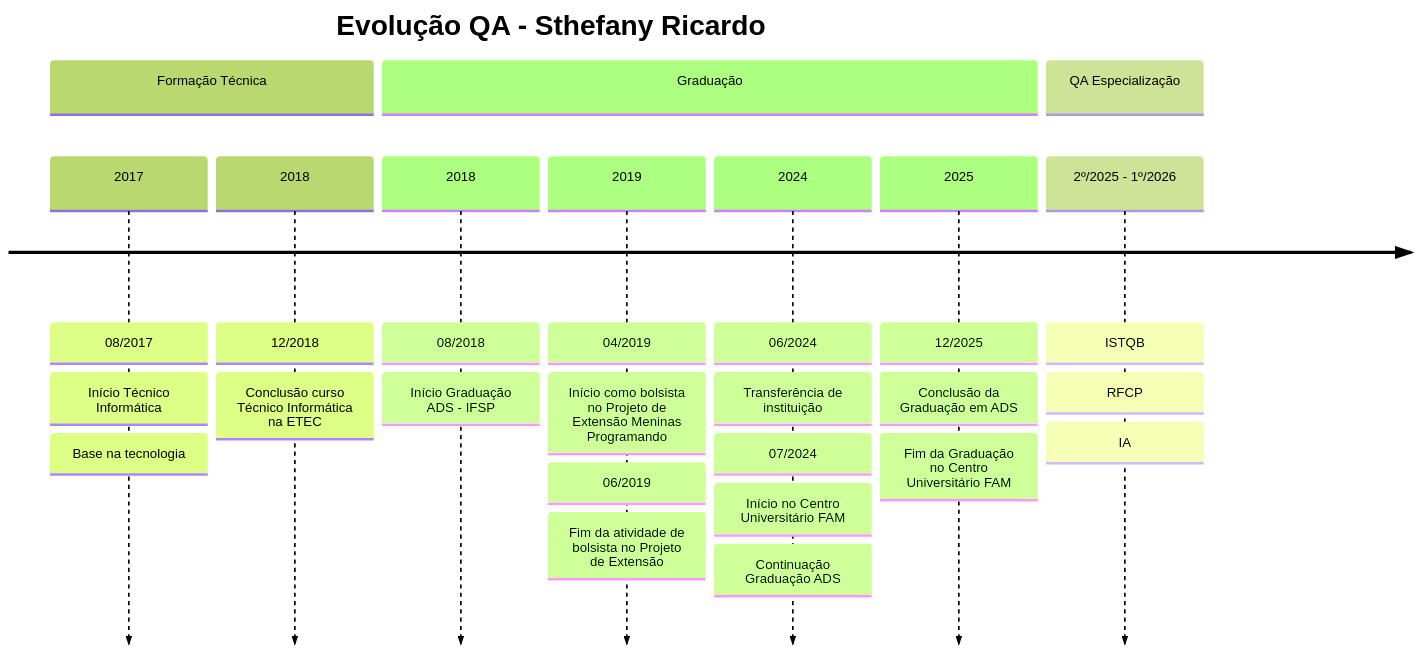
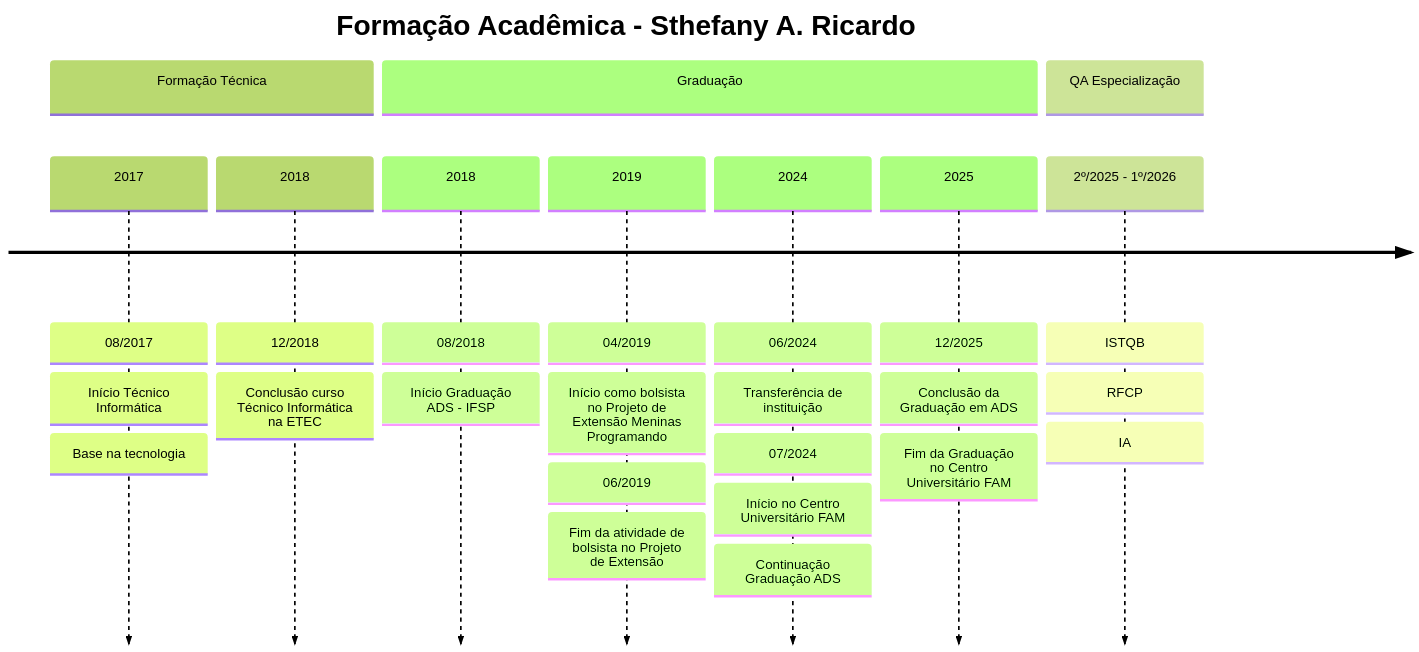
The second of 2 diagrams in README.md (sthefanyricardo/sthefanyricardo), drawn with Mermaid (forest theme) before and after one commit. The commit also changed other lines of this file, not shown here.

First line of the commit message:
Destaques: Adição de linha do tempo profissional com diagramas de sereia

````diff
--- a/README.md
+++ b/README.md
@@ -86,32 +89,32 @@
 ```mermaid
 timeline
-    title Evolução QA - Sthefany Ricardo
+    title Formação Acadêmica - Sthefany A. Ricardo
     
     section Formação Técnica
     2017
         : 08/2017 : Início Técnico Informática
         : Base na tecnologia
     2018
         : 12/2018 : Conclusão curso Técnico Informática na ETEC
     
     section Graduação
     2018 
         : 08/2018 : Início Graduação ADS - IFSP
     
     2019 
         : 04/2019 : Início como bolsista no Projeto de Extensão Meninas Programando
         : 06/2019 : Fim da atividade de bolsista no Projeto de Extensão
     
     2024
         : 06/2024 : Transferência de instituição
         : 07/2024 : Início no Centro Universitário FAM
         : Continuação Graduação ADS
     
     2025
         : 12/2025 : Conclusão da Graduação em ADS
         : Fim da Graduação no Centro Universitário FAM
     
     section QA Especialização
     2º/2025 - 1º/2026 
            : ISTQB : RFCP : IA
 ```
````
